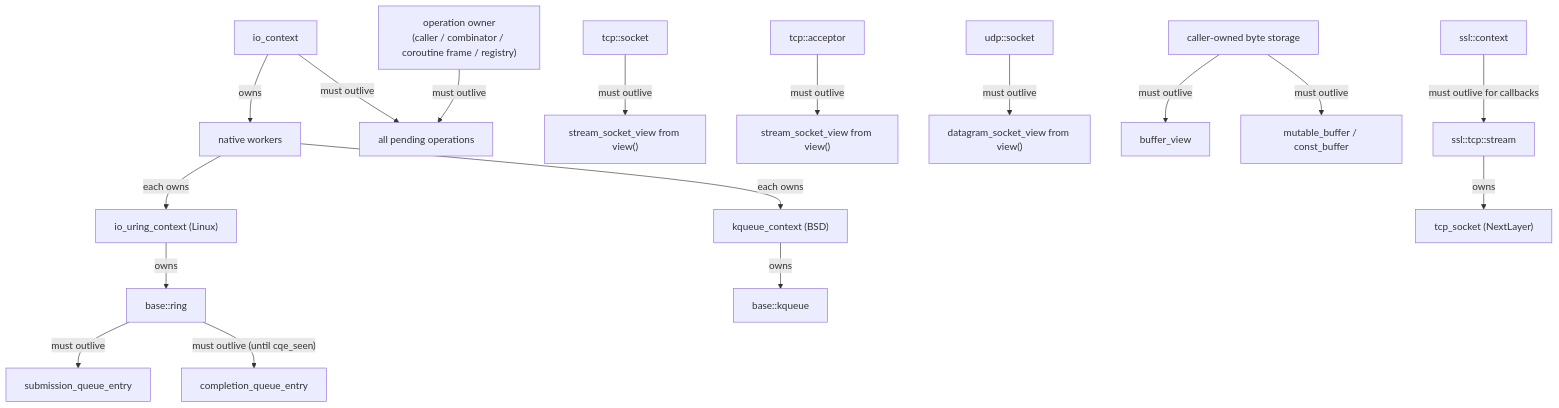
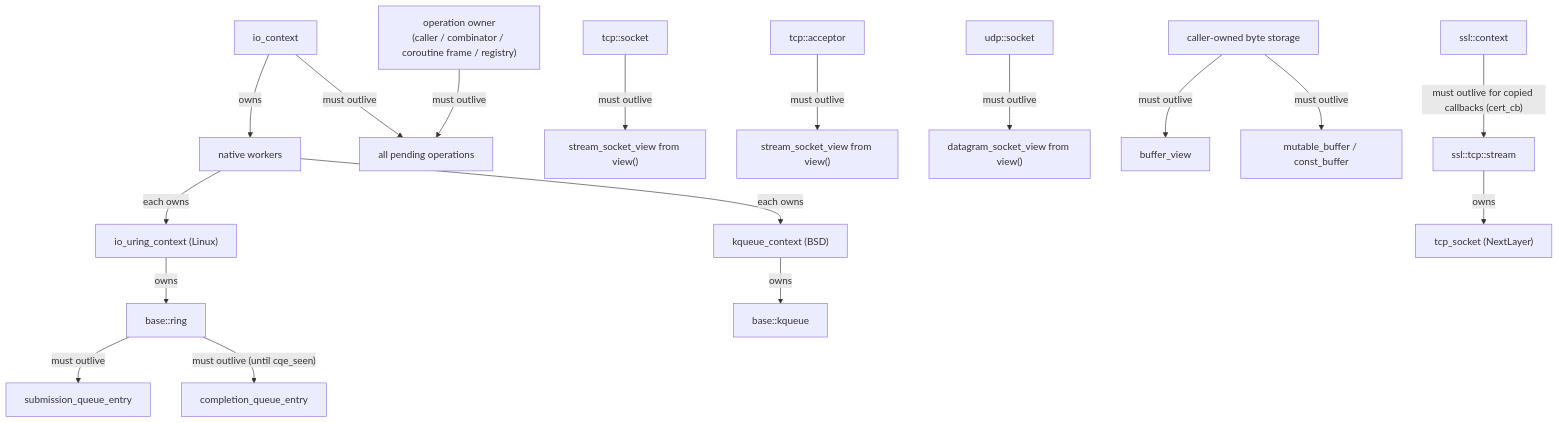
The second of 3 diagrams in docs/design/lifecycle.md (haomingbai/bnio), drawn with Mermaid before and after one commit. The commit also changed other lines of this file and 23 other files, not shown here.

````diff
--- a/docs/design/lifecycle.md
+++ b/docs/design/lifecycle.md
@@ -52,24 +52,24 @@
 ```mermaid
 graph TB
     Ctx["io_context"] -->|"owns"| Workers["native workers"]
     Workers -->|"each owns"| UCtx["io_uring_context (Linux)"]
     UCtx -->|"owns"| Ring["base::ring"]
     Workers -->|"each owns"| KCtx["kqueue_context (BSD)"]
     KCtx -->|"owns"| KQ["base::kqueue"]
 
     OpOwner["operation owner<br/>(caller / combinator / coroutine frame / registry)"] -->|"must outlive"| Ops["all pending operations"]
     Ctx -->|"must outlive"| Ops
 
     Ring -->|"must outlive"| SQE["submission_queue_entry"]
     Ring -->|"must outlive (until cqe_seen)"| CQE["completion_queue_entry"]
 
     TCPSock["tcp::socket"] -->|"must outlive"| SView["stream_socket_view from view()"]
     TCPAcpt["tcp::acceptor"] -->|"must outlive"| LView["stream_socket_view from view()"]
     UDPSock["udp::socket"] -->|"must outlive"| DView["datagram_socket_view from view()"]
 
     UserBuf["caller-owned byte storage"] -->|"must outlive"| BufView["buffer_view"]
     UserBuf -->|"must outlive"| MBuf["mutable_buffer / const_buffer"]
 
-    SSLCtx["ssl::context"] -->|"must outlive for callbacks"| SSLStream["ssl::tcp::stream"]
+    SSLCtx["ssl::context"] -->|"must outlive for copied callbacks (cert_cb)"| SSLStream["ssl::tcp::stream"]
     SSLStream -->|"owns"| Inner["tcp_socket (NextLayer)"]
 ```
````
